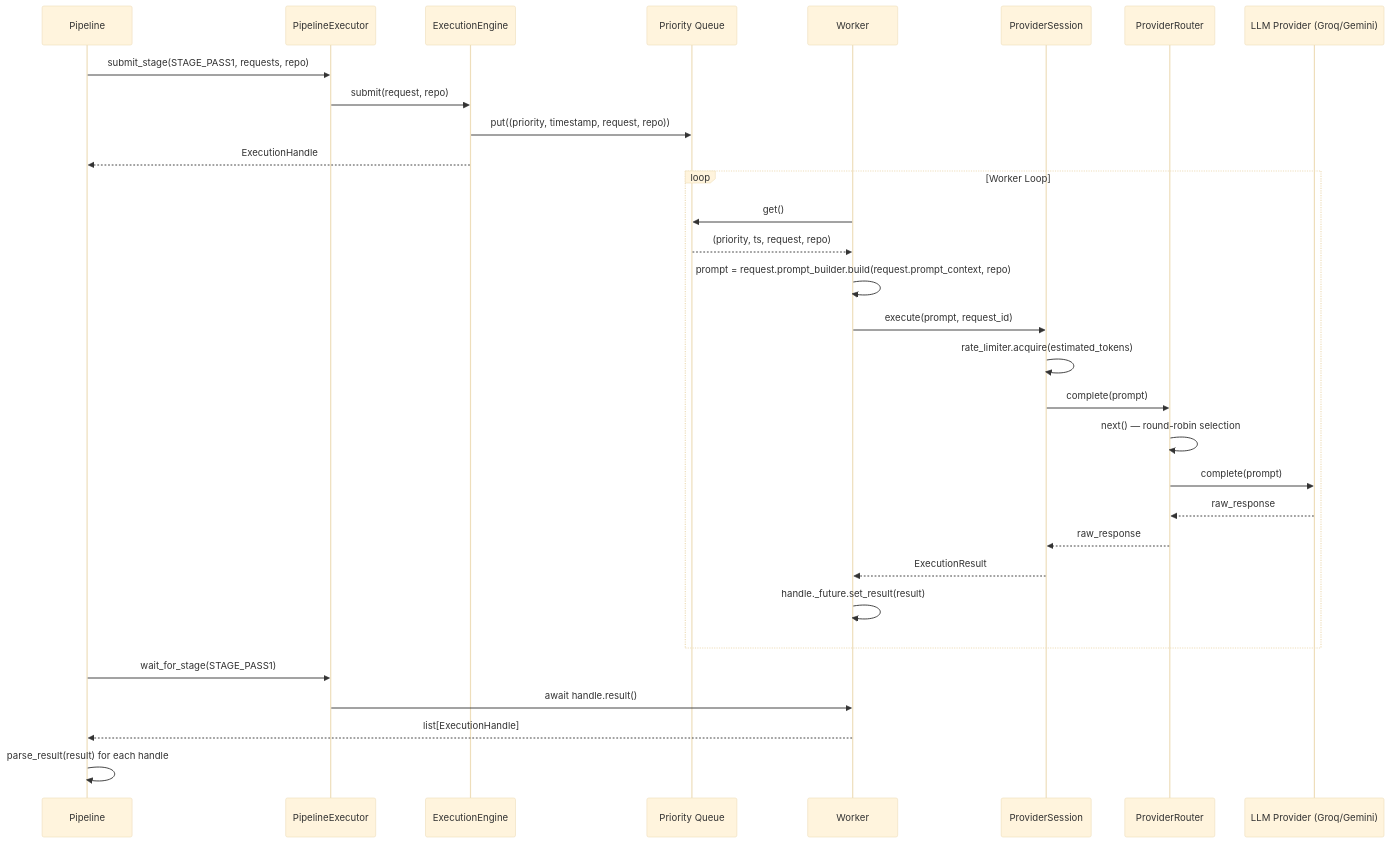
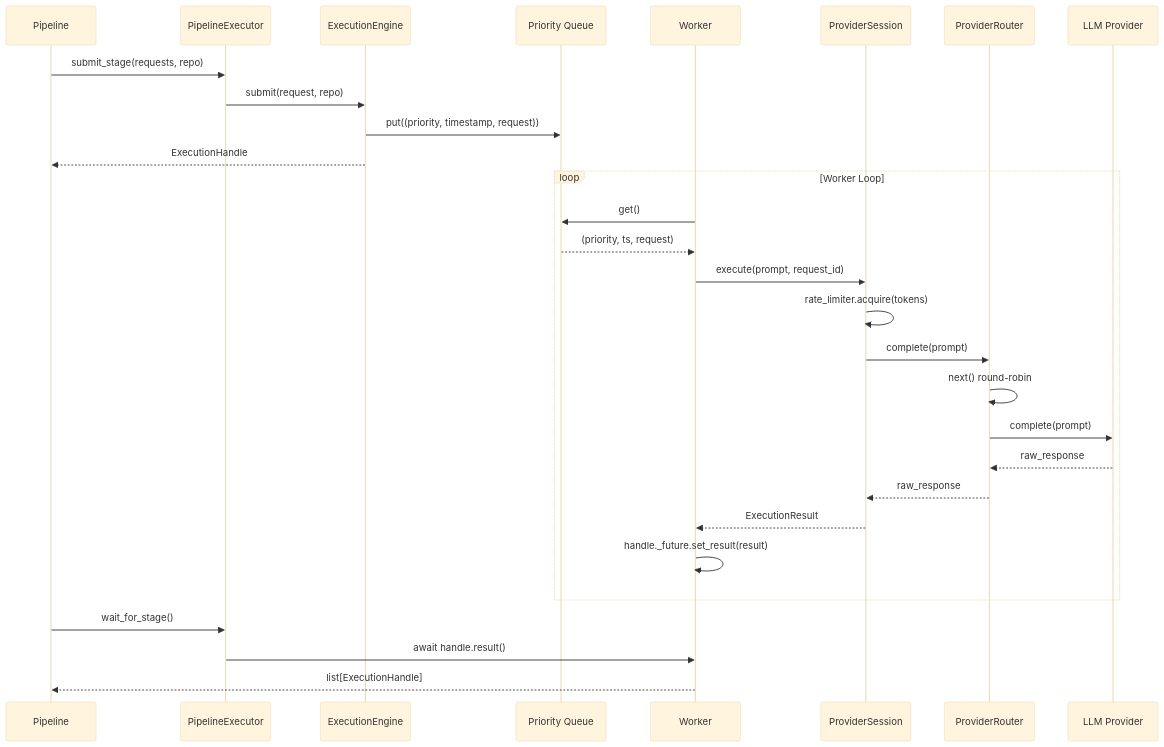
The fifth of 13 diagrams in README.md (samm329-ui/Trimora_v2), drawn with Mermaid (base theme) before and after one commit. The commit also changed other lines of this file, not shown here.

Commit message:
Update README with V10.1 architecture, 13 Mermaid diagrams, and test summary

````diff
--- a/README.md
+++ b/README.md
@@ -301,36 +379,34 @@
 ```mermaid
 sequenceDiagram
     participant P as Pipeline
     participant PE as PipelineExecutor
     participant E as ExecutionEngine
     participant Q as Priority Queue
     participant W as Worker
     participant S as ProviderSession
     participant R as ProviderRouter
-    participant L as LLM Provider (Groq/Gemini)
+    participant L as LLM Provider
 
-    P->>PE: submit_stage(STAGE_PASS1, requests, repo)
+    P->>PE: submit_stage(requests, repo)
     PE->>E: submit(request, repo)
-    E->>Q: put((priority, timestamp, request, repo))
+    E->>Q: put((priority, timestamp, request))
     E-->>P: ExecutionHandle
 
     loop Worker Loop
         W->>Q: get()
-        Q-->>W: (priority, ts, request, repo)
-        W->>W: prompt = request.prompt_builder.build(request.prompt_context, repo)
+        Q-->>W: (priority, ts, request)
         W->>S: execute(prompt, request_id)
-        S->>S: rate_limiter.acquire(estimated_tokens)
+        S->>S: rate_limiter.acquire(tokens)
         S->>R: complete(prompt)
-        R->>R: next() — round-robin selection
+        R->>R: next() round-robin
         R->>L: complete(prompt)
         L-->>R: raw_response
         R-->>S: raw_response
         S-->>W: ExecutionResult
         W->>W: handle._future.set_result(result)
     end
 
-    P->>PE: wait_for_stage(STAGE_PASS1)
+    P->>PE: wait_for_stage()
     PE->>W: await handle.result()
     W-->>P: list[ExecutionHandle]
-    P->>P: parse_result(result) for each handle
 ```
````
